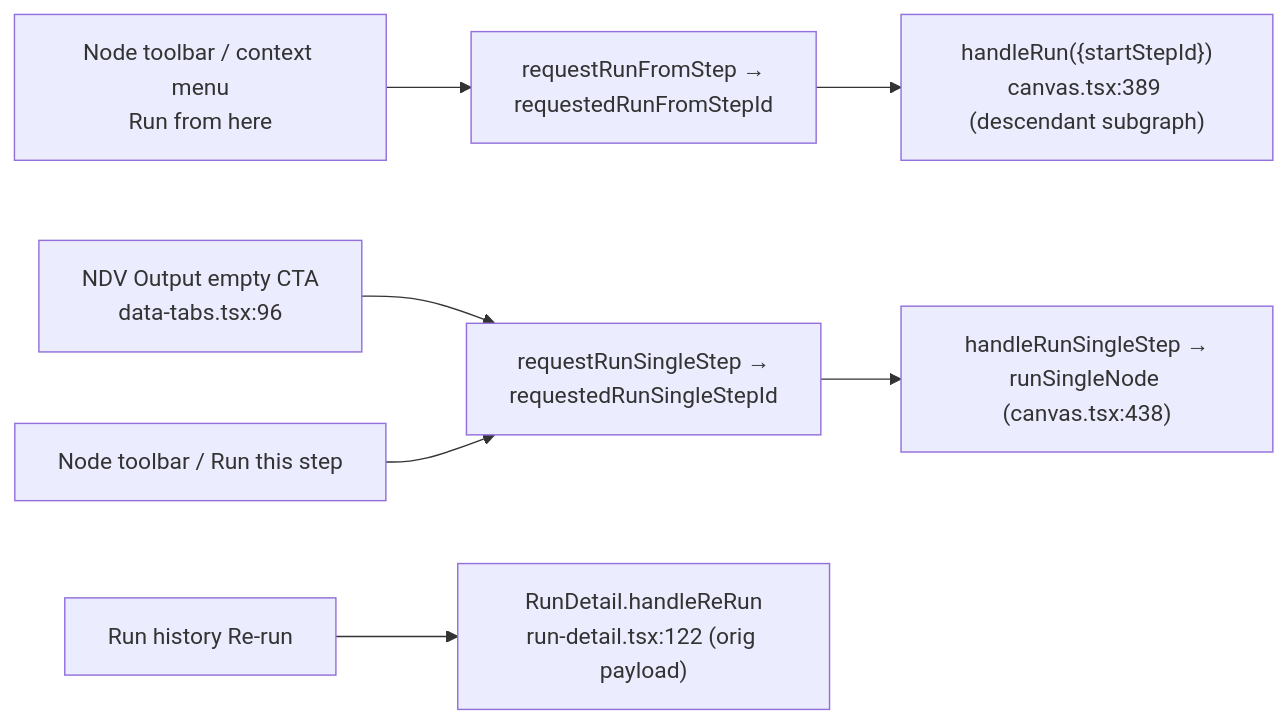
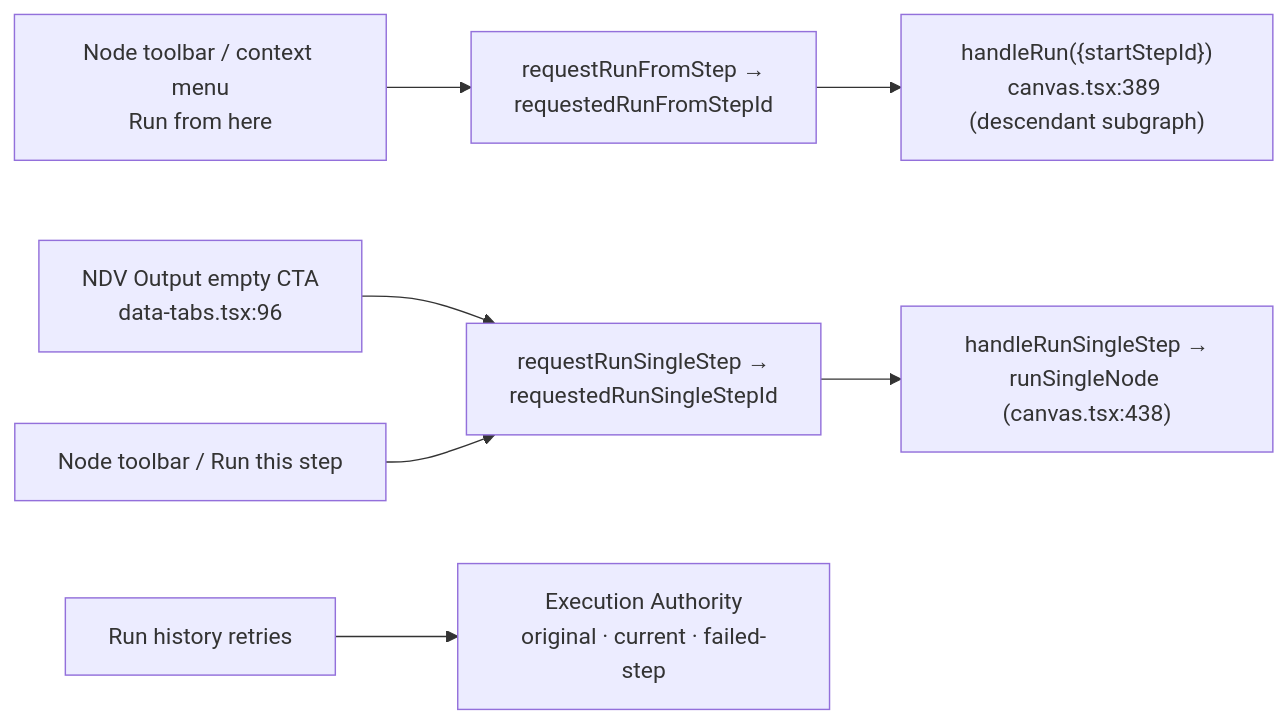
The fifth of 5 diagrams in docs/content/docs/en/subsystems/visual-workflows/ui-runs.mdx (MaxQian888/cognia-next), drawn with Mermaid before and after one commit. The commit also changed other lines of this file and 93 other files, not shown here.

````diff
--- a/docs/content/docs/en/subsystems/visual-workflows/ui-runs.mdx
+++ b/docs/content/docs/en/subsystems/visual-workflows/ui-runs.mdx
@@ -223,9 +223,9 @@
 ```mermaid
 flowchart LR
   A["Node toolbar / context menu<br/>Run from here"] --> RFS["requestRunFromStep →<br/>requestedRunFromStepId"]
   RFS --> HR["handleRun({startStepId})<br/>canvas.tsx:389 (descendant subgraph)"]
   B["NDV Output empty CTA<br/>data-tabs.tsx:96"] --> RSS["requestRunSingleStep →<br/>requestedRunSingleStepId"]
   C["Node toolbar / Run this step"] --> RSS
   RSS --> HRS["handleRunSingleStep →<br/>runSingleNode (canvas.tsx:438)"]
-  D["Run history Re-run"] --> RR["RunDetail.handleReRun<br/>run-detail.tsx:122 (orig payload)"]
+  D["Run history retries"] --> RR["Execution Authority<br/>original · current · failed-step"]
 ```
````
